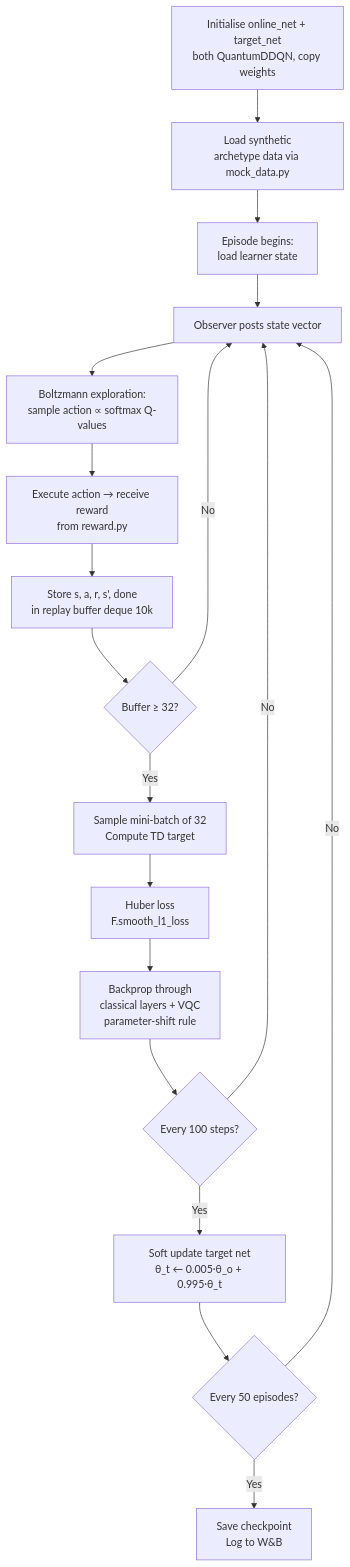
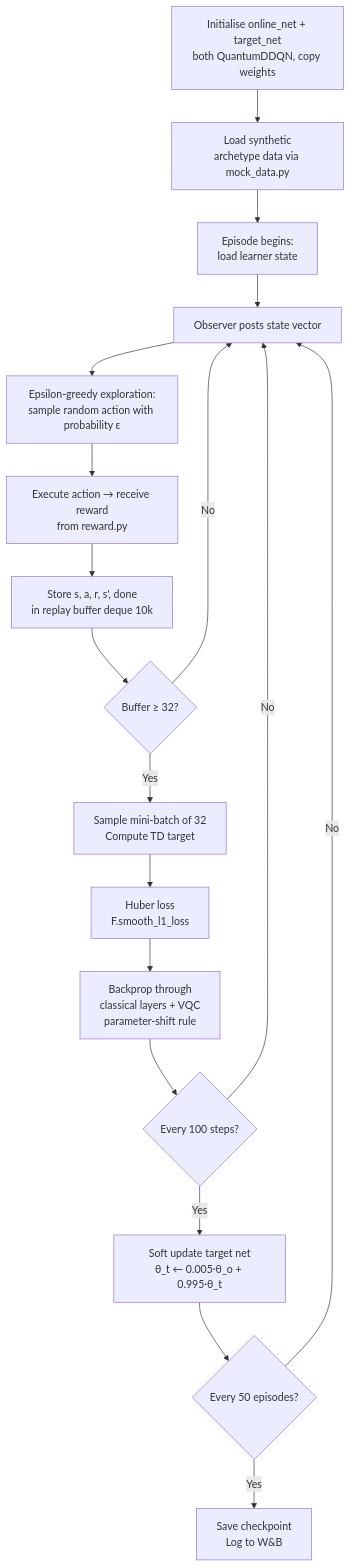
The third of 3 diagrams in quantum/README.md (varunaditya27/NeuroAdapt), drawn with Mermaid before and after one commit. The commit also changed other lines of this file and 5 other files, not shown here.

````diff
--- a/quantum/README.md
+++ b/quantum/README.md
@@ -162,32 +162,32 @@
 ```mermaid
 flowchart TD
     A[Initialise online_net + target_net
 both QuantumDDQN, copy weights] --> B[Load synthetic
 archetype data via mock_data.py]
     B --> C[Episode begins:
 load learner state]
     C --> D[Observer posts state vector]
-    D --> E[Boltzmann exploration:
-sample action ∝ softmax Q-values]
+    D --> E[Epsilon-greedy exploration:
+sample random action with probability ε]
     E --> F[Execute action → receive reward
 from reward.py]
     F --> G[Store s, a, r, s', done
 in replay buffer deque 10k]
     G --> H{Buffer ≥ 32?}
     H -->|No| D
     H -->|Yes| I[Sample mini-batch of 32
 Compute TD target]
     I --> J[Huber loss
 F.smooth_l1_loss]
     J --> K[Backprop through
 classical layers + VQC
 parameter-shift rule]
     K --> L{Every 100 steps?}
     L -->|Yes| M[Soft update target net
 θ_t ← 0.005·θ_o + 0.995·θ_t]
     L -->|No| D
     M --> N{Every 50 episodes?}
     N -->|Yes| O[Save checkpoint
 Log to W&B]
     N -->|No| D
 ```
````
